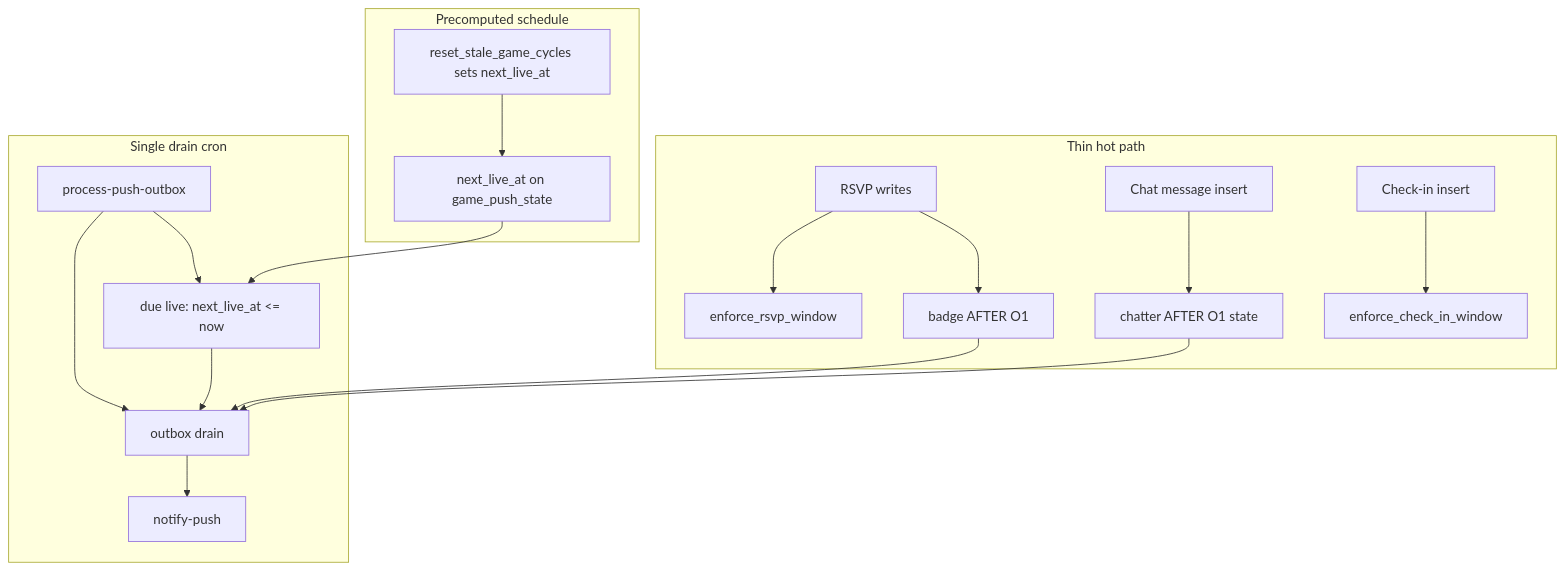
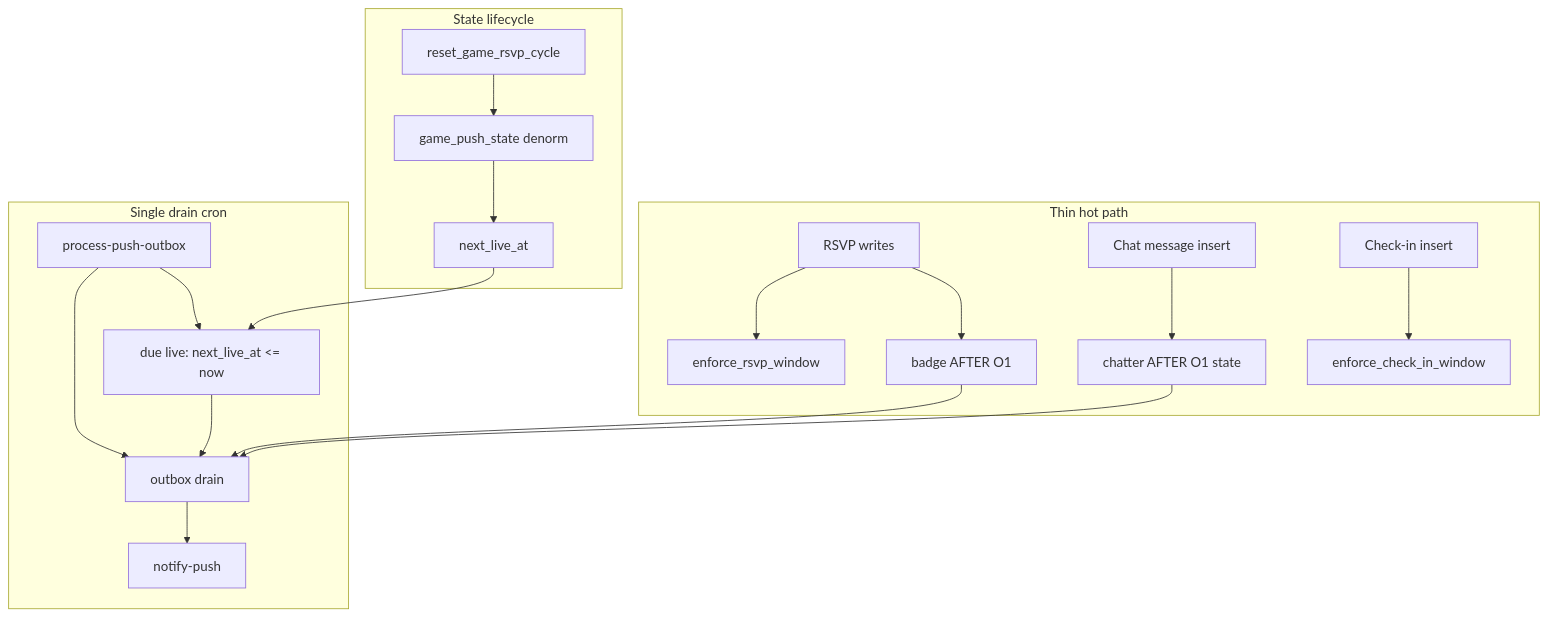
One commit to achang0406/disc-check changed the diagram in docs/intent-aligned-push-refactor-v2-rollout.md. Above: the diagram before and after it, drawn with Mermaid. The commit also changed other lines of this file, not shown here.

````diff
--- a/docs/intent-aligned-push-refactor-v2-rollout.md
+++ b/docs/intent-aligned-push-refactor-v2-rollout.md
@@ -137,34 +248,36 @@
 ```mermaid
 flowchart TD
   subgraph hotPath [Thin hot path]
     RsvpWrite[RSVP writes]
     ChatWrite[Chat message insert]
     CheckInWrite[Check-in insert]
     EnforceRsvp[enforce_rsvp_window]
     EnforceCheckIn[enforce_check_in_window]
     BadgeTrigger[badge AFTER O1]
     ChatterTrigger[chatter AFTER O1 state]
     RsvpWrite --> EnforceRsvp
     RsvpWrite --> BadgeTrigger
     ChatWrite --> ChatterTrigger
     CheckInWrite --> EnforceCheckIn
   end
-  subgraph schedule [Precomputed schedule]
-    NextLive[next_live_at on game_push_state]
-    CycleReset[reset_stale_game_cycles sets next_live_at]
-    CycleReset --> NextLive
+  subgraph schedule [State lifecycle]
+    CycleReset[reset_game_rsvp_cycle]
+    PushState[game_push_state denorm]
+    NextLive[next_live_at]
+    CycleReset --> PushState
+    PushState --> NextLive
   end
   subgraph drain [Single drain cron]
     Processor[process-push-outbox]
     DueLive["due live: next_live_at <= now"]
     OutboxDrain[outbox drain]
     NotifyPush[notify-push]
   end
   BadgeTrigger --> OutboxDrain
   ChatterTrigger --> OutboxDrain
   NextLive --> DueLive
   Processor --> OutboxDrain
   Processor --> DueLive
   OutboxDrain --> NotifyPush
   DueLive --> OutboxDrain
 ```
````
